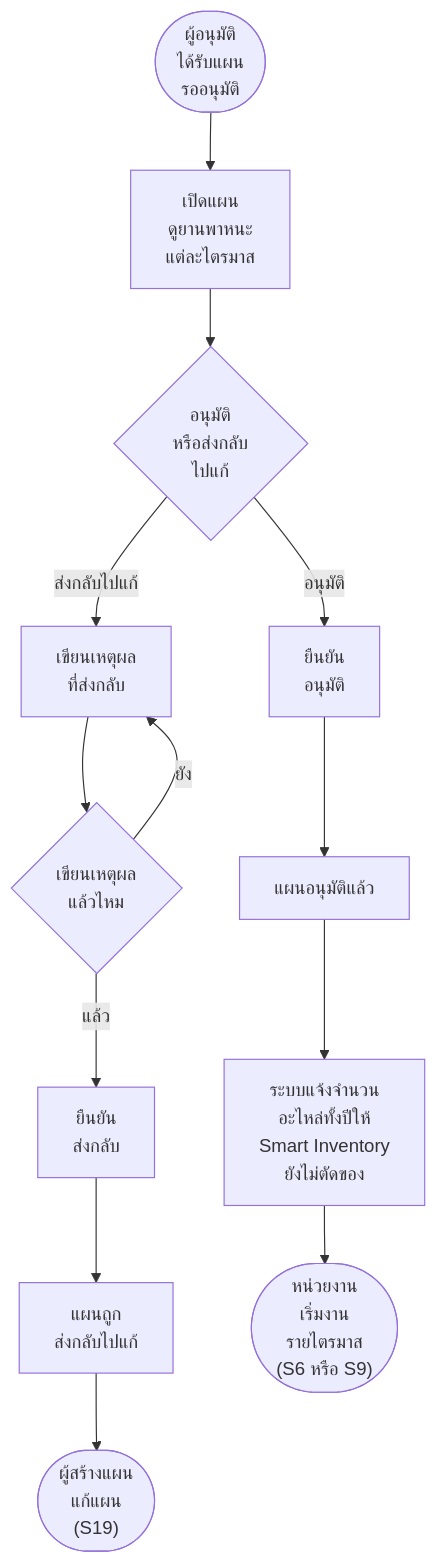
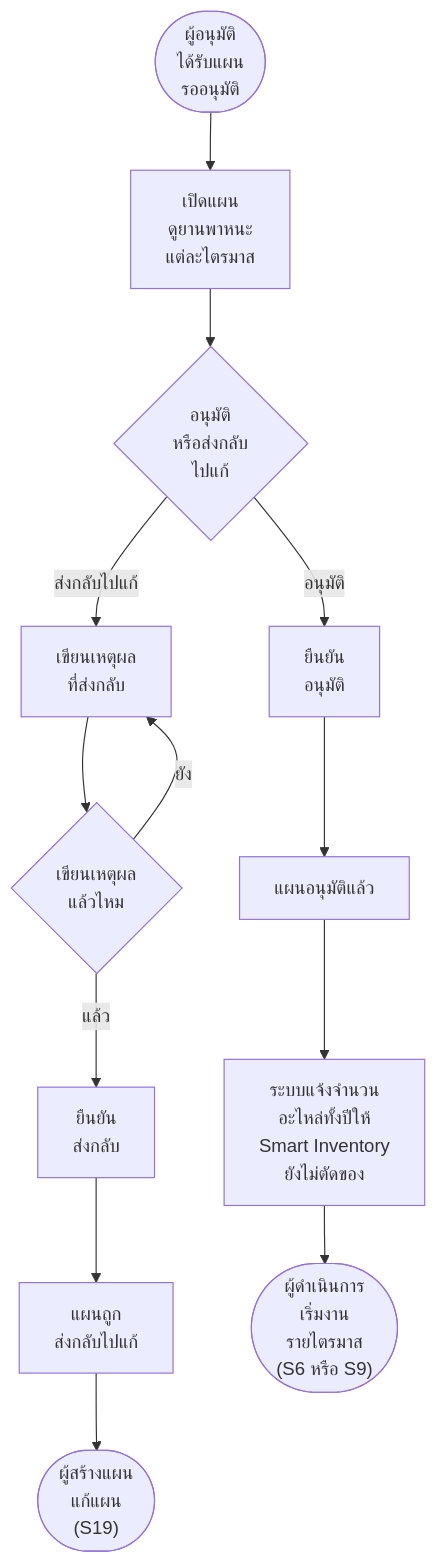
Before and after one commit to anugmail/Maintenance-Request-Form: the second of 19 diagrams in Diagram/01-บำรุงรักษาตามวาระ/27-บำรุงรักษา-flowchart-กิจกรรม.md, drawn with Mermaid. The commit also changed other lines of this file and 21 other files, not shown here.

````diff
--- a/Diagram/01-บำรุงรักษาตามวาระ/27-บำรุงรักษา-flowchart-กิจกรรม.md
+++ b/Diagram/01-บำรุงรักษาตามวาระ/27-บำรุงรักษา-flowchart-กิจกรรม.md
@@ -49,15 +51,15 @@
 ```mermaid
 flowchart TD
     S(["ผู้อนุมัติ<br/>ได้รับแผน<br/>รออนุมัติ"]) --> A1["เปิดแผน<br/>ดูยานพาหนะ<br/>แต่ละไตรมาส"]
     A1 --> Q1{"อนุมัติ<br/>หรือส่งกลับ<br/>ไปแก้"}
     Q1 -->|ส่งกลับไปแก้| A2["เขียนเหตุผล<br/>ที่ส่งกลับ"]
     A2 --> Q2{"เขียนเหตุผล<br/>แล้วไหม"}
     Q2 -->|ยัง| A2
     Q2 -->|แล้ว| A3["ยืนยัน<br/>ส่งกลับ"]
     A3 --> A4["แผนถูก<br/>ส่งกลับไปแก้"]
     A4 --> E1(["ผู้สร้างแผน<br/>แก้แผน<br/>(S19)"])
     Q1 -->|อนุมัติ| A5["ยืนยัน<br/>อนุมัติ"]
     A5 --> A6["แผนอนุมัติแล้ว"]
     A6 --> A7["ระบบแจ้งจำนวน<br/>อะไหล่ทั้งปีให้<br/>Smart Inventory<br/>ยังไม่ตัดของ"]
-    A7 --> E2(["หน่วยงาน<br/>เริ่มงาน<br/>รายไตรมาส<br/>(S6 หรือ S9)"])
+    A7 --> E2(["ผู้ดำเนินการ<br/>เริ่มงาน<br/>รายไตรมาส<br/>(S6 หรือ S9)"])
 ```
````
